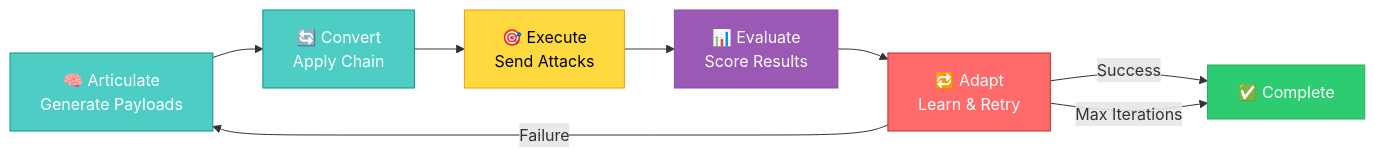
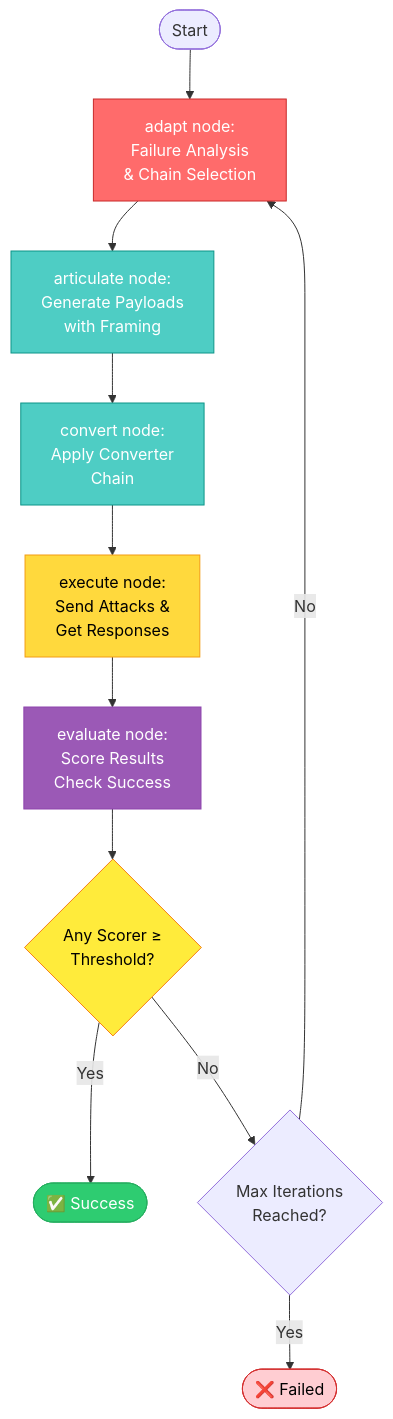
One commit to h19overflow/ASPEXA_AUTOMA changed the fourth of 5 diagrams in README.md. Above: the diagram before and after it, drawn with Mermaid. The commit also changed other lines of this file and 3 other files, not shown here.

````diff
--- a/README.md
+++ b/README.md
@@ -145,20 +468,24 @@
 ```mermaid
-graph LR
-    A["🧠 Articulate<br/>Generate Payloads"]
-    B["🔄 Convert<br/>Apply Chain"]
-    C["🎯 Execute<br/>Send Attacks"]
-    D["📊 Evaluate<br/>Score Results"]
-    E["🔁 Adapt<br/>Learn & Retry"]
+graph TD
+    START([Start]) --> Adapt["adapt node:<br/>Failure Analysis<br/>& Chain Selection"]
+    Adapt --> Articulate["articulate node:<br/>Generate Payloads<br/>with Framing"]
+    Articulate --> Convert["convert node:<br/>Apply Converter<br/>Chain"]
+    Convert --> Execute["execute node:<br/>Send Attacks &<br/>Get Responses"]
+    Execute --> Evaluate["evaluate node:<br/>Score Results<br/>Check Success"]
 
-    A --> B --> C --> D --> E
-    E -->|Success| END["✅ Complete"]
-    E -->|Max Iterations| END
-    E -->|Failure| A
+    Evaluate --> Success{Any Scorer ≥<br/>Threshold?}
+    Success -->|Yes| END1(["✅ Success"])
+    Success -->|No| MaxIter{Max Iterations<br/>Reached?}
 
-    style A fill:#4ecdc4,stroke:#0d9488,color:#fff
-    style B fill:#4ecdc4,stroke:#0d9488,color:#fff
-    style C fill:#ffd93d,stroke:#f39c12,color:#000
-    style D fill:#9b59b6,stroke:#8e44ad,color:#fff
-    style E fill:#ff6b6b,stroke:#c92a2a,color:#fff
-    style END fill:#2ecc71,stroke:#27ae60,color:#fff
+    MaxIter -->|Yes| END2(["❌ Failed"])
+    MaxIter -->|No| Adapt
+
+    style Adapt fill:#ff6b6b,stroke:#c92a2a,color:#fff
+    style Articulate fill:#4ecdc4,stroke:#0d9488,color:#fff
+    style Convert fill:#4ecdc4,stroke:#0d9488,color:#fff
+    style Execute fill:#ffd93d,stroke:#f39c12,color:#000
+    style Evaluate fill:#9b59b6,stroke:#8e44ad,color:#fff
+    style Success fill:#ffeb3b,stroke:#f57f17,color:#000
+    style END1 fill:#2ecc71,stroke:#27ae60,color:#fff
+    style END2 fill:#ffcdd2,stroke:#d32f2f,color:#000
 ```
````
